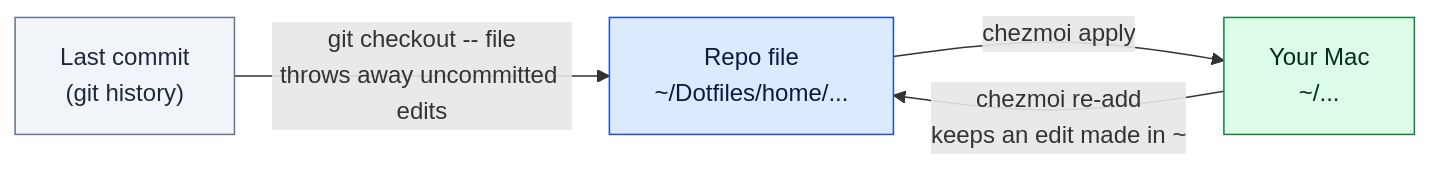
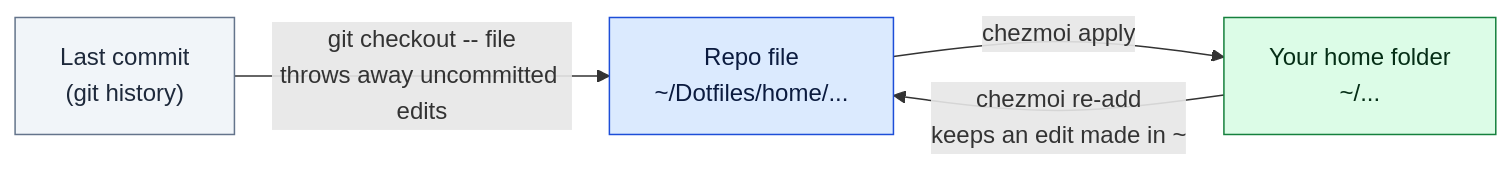
Before and after one commit to youngjae-lim/dotfiles: the second of 6 diagrams in docs/02-chezmoi-basics.md, drawn with Mermaid. The commit also changed other lines of this file and 18 other files, not shown here.

````diff
--- a/docs/02-chezmoi-basics.md
+++ b/docs/02-chezmoi-basics.md
@@ -45,9 +45,9 @@
 ```mermaid
 flowchart LR
     C["Last commit<br/>(git history)"]:::step -->|"git checkout -- file<br/>throws away uncommitted edits"| R["Repo file<br/>~/Dotfiles/home/..."]:::source
-    R -->|"chezmoi apply"| H["Your Mac<br/>~/..."]:::output
+    R -->|"chezmoi apply"| H["Your home folder<br/>~/..."]:::output
     H -->|"chezmoi re-add<br/>keeps an edit made in ~"| R
     classDef source fill:#dbeafe,stroke:#1d4ed8,color:#0b1b3f
     classDef step fill:#f1f5f9,stroke:#64748b,color:#1e293b
     classDef output fill:#dcfce7,stroke:#15803d,color:#052e16
 ```
````
